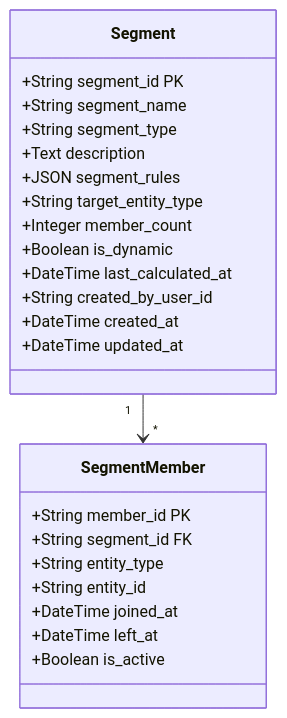
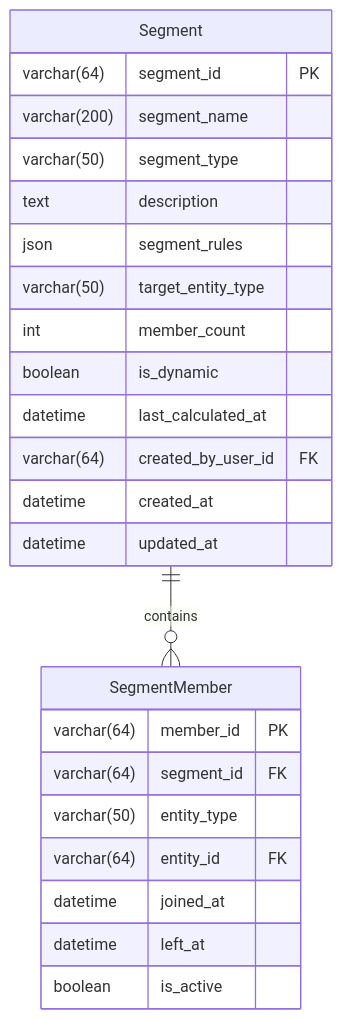
One commit to 312268112/advanced-java changed diagram 12 of 26 in docs/b2b-cdp-entity-design.md. Above: the diagram before and after it, drawn with Mermaid. The commit also changed other lines of this file, not shown here.

Commit message:
Refactor: Improve B2B CDP entity design documentation

````diff
--- a/docs/b2b-cdp-entity-design.md
+++ b/docs/b2b-cdp-entity-design.md
@@ -604,29 +703,29 @@
 ```mermaid
-classDiagram
-    class Segment {
-        +String segment_id PK
-        +String segment_name
-        +String segment_type
-        +Text description
-        +JSON segment_rules
-        +String target_entity_type
-        +Integer member_count
-        +Boolean is_dynamic
-        +DateTime last_calculated_at
-        +String created_by_user_id
-        +DateTime created_at
-        +DateTime updated_at
+erDiagram
+    Segment ||--o{ SegmentMember : "contains"
+    
+    Segment {
+        varchar(64) segment_id PK
+        varchar(200) segment_name
+        varchar(50) segment_type
+        text description
+        json segment_rules
+        varchar(50) target_entity_type
+        int member_count
+        boolean is_dynamic
+        datetime last_calculated_at
+        varchar(64) created_by_user_id FK
+        datetime created_at
+        datetime updated_at
     }
     
-    class SegmentMember {
-        +String member_id PK
-        +String segment_id FK
-        +String entity_type
-        +String entity_id
-        +DateTime joined_at
-        +DateTime left_at
-        +Boolean is_active
+    SegmentMember {
+        varchar(64) member_id PK
+        varchar(64) segment_id FK
+        varchar(50) entity_type
+        varchar(64) entity_id FK
+        datetime joined_at
+        datetime left_at
+        boolean is_active
     }
-    
-    Segment "1" --> "*" SegmentMember
 ```
````
